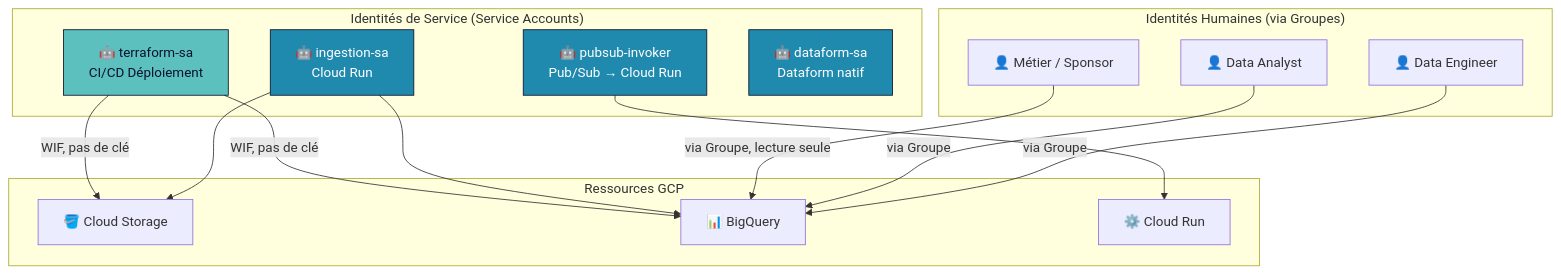
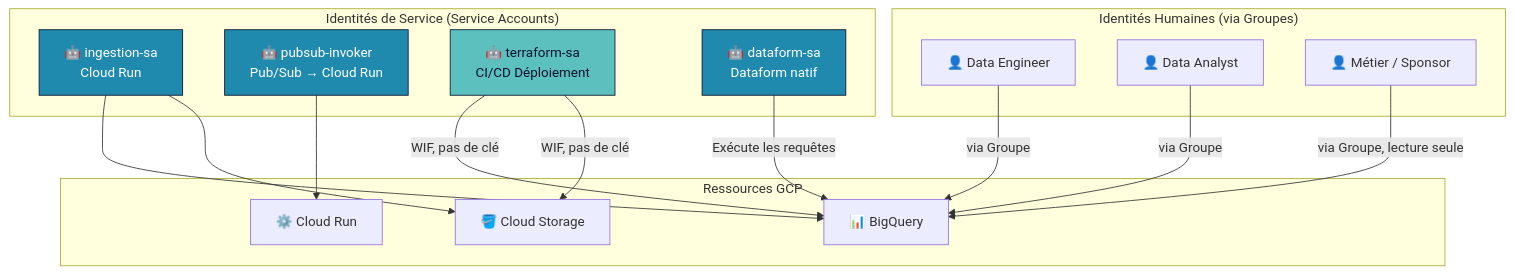
One commit to maxencenho-cloud/data-platform-runbook changed the third of 15 diagrams in docs/ATELIER_01_ARCHITECTURE.md. Above: the diagram before and after it, drawn with Mermaid. The commit also changed other lines of this file and 1 other file, not shown here.

````diff
--- a/docs/ATELIER_01_ARCHITECTURE.md
+++ b/docs/ATELIER_01_ARCHITECTURE.md
@@ -95,35 +95,36 @@
 ```mermaid
 flowchart TB
     subgraph "Identités Humaines (via Groupes)"
         U1["👤 Data Engineer"]
         U2["👤 Data Analyst"]
         U3["👤 Métier / Sponsor"]
     end
     
     subgraph "Identités de Service (Service Accounts)"
         SA1["🤖 ingestion-sa<br/>Cloud Run"]
         SA2["🤖 pubsub-invoker<br/>Pub/Sub → Cloud Run"]
         SA3["🤖 terraform-sa<br/>CI/CD Déploiement"]
         SA4["🤖 dataform-sa<br/>Dataform natif"]
     end
     
     subgraph "Ressources GCP"
         GCS["🪣 Cloud Storage"]
         BQ["📊 BigQuery"]
         CR["⚙️ Cloud Run"]
     end
     
     U1 -->|via Groupe| BQ
     U2 -->|via Groupe| BQ
     U3 -->|via Groupe, lecture seule| BQ
     SA1 --> GCS
     SA1 --> BQ
     SA2 --> CR
     SA3 -->|WIF, pas de clé| GCS
     SA3 -->|WIF, pas de clé| BQ
+    SA4 -->|Exécute les requêtes| BQ
     
     style SA1 fill:#208AAE,stroke:#0b132b,color:#fff
     style SA2 fill:#208AAE,stroke:#0b132b,color:#fff
     style SA3 fill:#5BC0BE,stroke:#0b132b,color:#0b132b
     style SA4 fill:#208AAE,stroke:#0b132b,color:#fff
 ```
````
